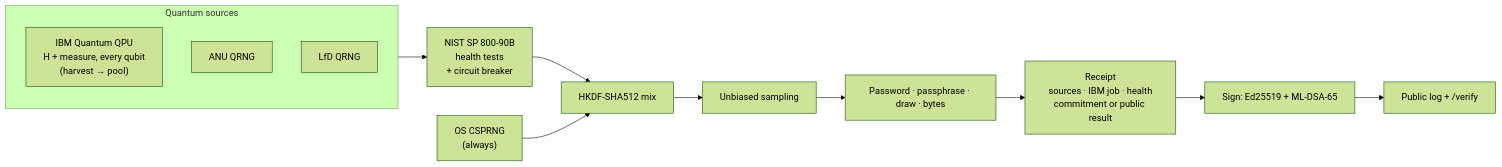
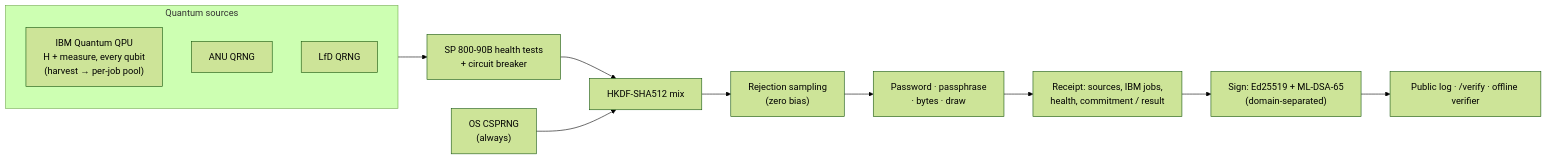
One commit to ahmadhashimi/quantum-password-generator changed the diagram in README.md. Above: the diagram before and after it, drawn with Mermaid (forest theme). The commit also changed other lines of this file and 54 other files, not shown here.

````diff
--- a/README.md
+++ b/README.md
@@ -95,16 +106,16 @@
 ```mermaid
 flowchart LR
     subgraph Q["Quantum sources"]
-        IBM["IBM Quantum QPU<br/>H + measure, every qubit<br/>(harvest → pool)"]
+        IBM["IBM Quantum QPU<br/>H + measure, every qubit<br/>(harvest → per-job pool)"]
         ANU["ANU QRNG"]
         LFD["LfD QRNG"]
     end
-    Q --> HT["NIST SP 800-90B<br/>health tests<br/>+ circuit breaker"]
+    Q --> HT["SP 800-90B health tests<br/>+ circuit breaker"]
     HT --> MIX["HKDF-SHA512 mix"]
     OS["OS CSPRNG<br/>(always)"] --> MIX
-    MIX --> GEN["Unbiased sampling"]
-    GEN --> OUT["Password · passphrase · draw · bytes"]
-    OUT --> RC["Receipt<br/>sources · IBM job · health<br/>commitment or public result"]
-    RC --> SIG["Sign: Ed25519 + ML-DSA-65"]
-    SIG --> LOG["Public log + /verify"]
+    MIX --> GEN["Rejection sampling<br/>(zero bias)"]
+    GEN --> OUT["Password · passphrase<br/>· bytes · draw"]
+    OUT --> RC["Receipt: sources, IBM jobs,<br/>health, commitment / result"]
+    RC --> SIG["Sign: Ed25519 + ML-DSA-65<br/>(domain-separated)"]
+    SIG --> LOG["Public log · /verify · offline verifier"]
 ```
````
